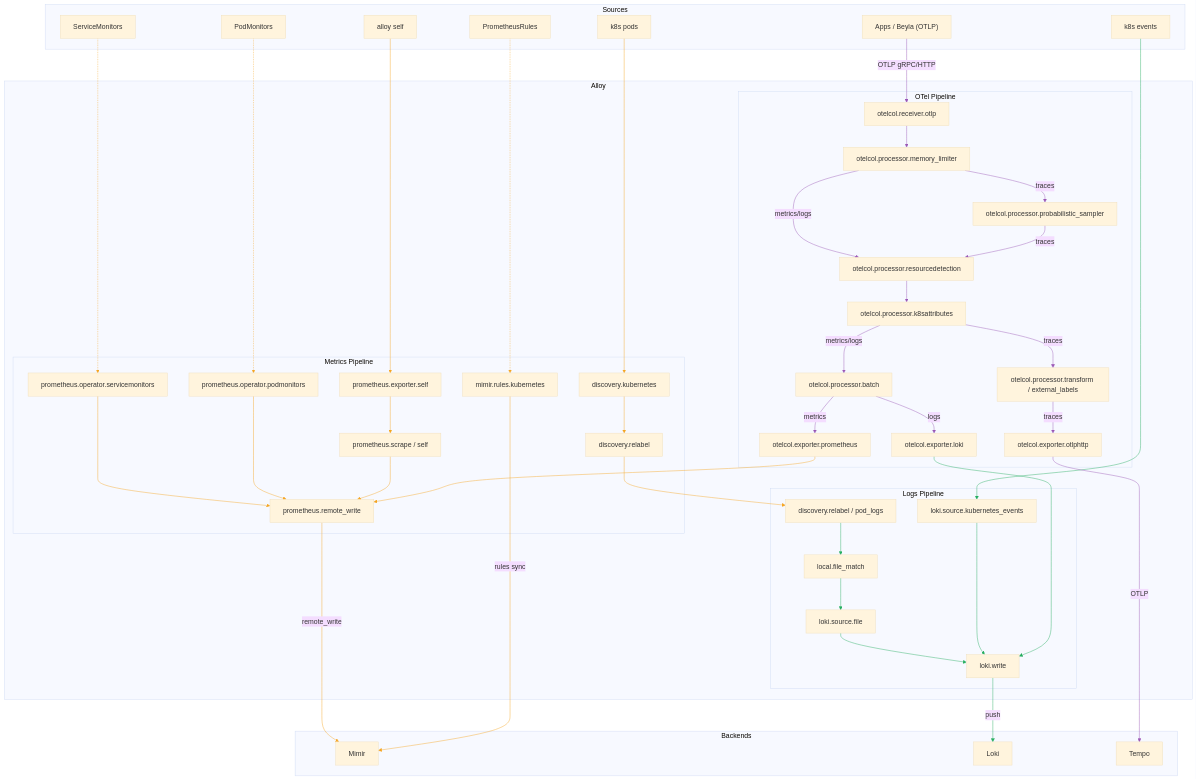
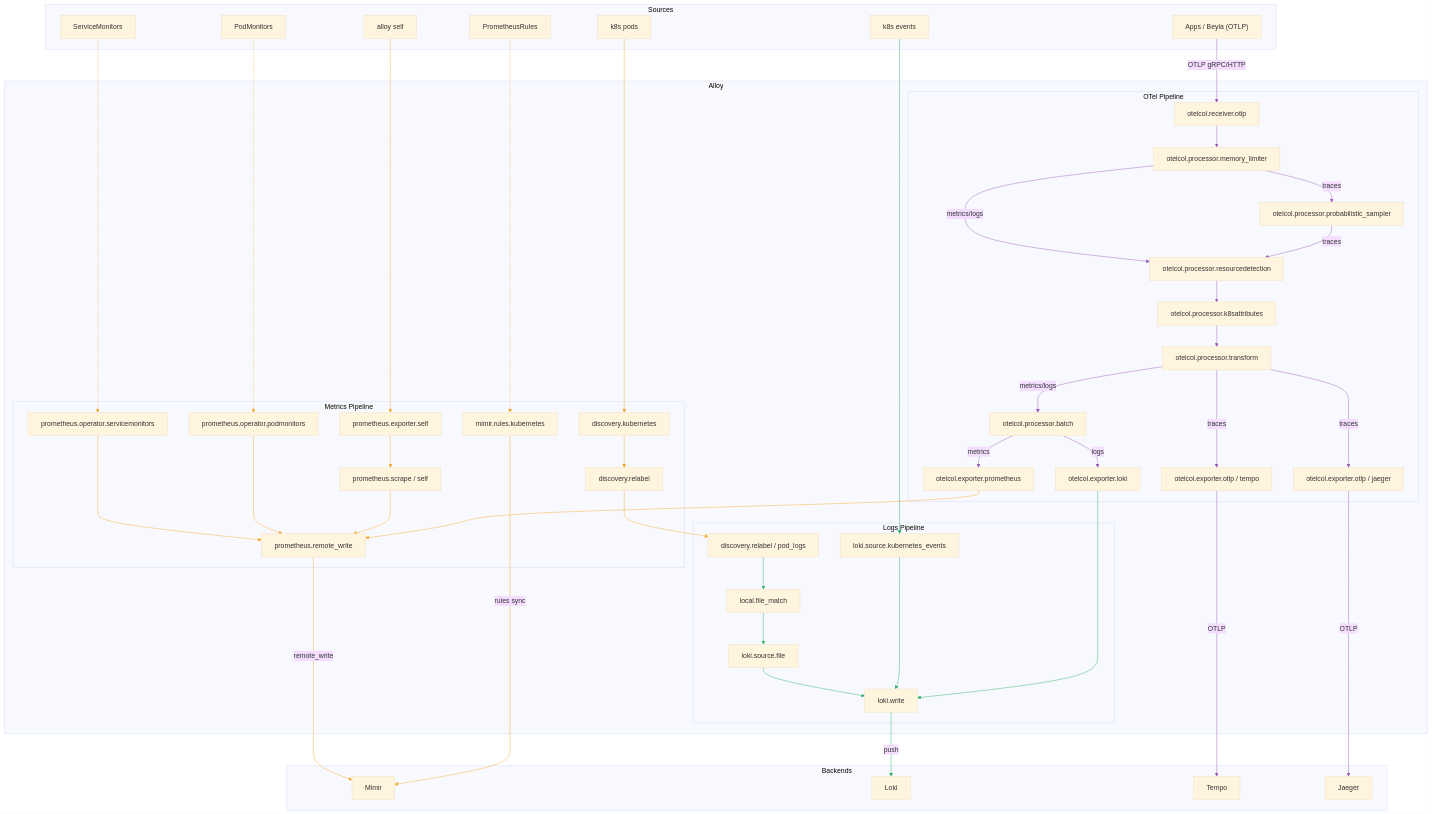
The fourth of 4 diagrams in k8s/alloy-lgtm-kubeprom/README.md (buzztaiki/sandbox), drawn with Mermaid (base theme) before and after one commit. The commit also changed other lines of this file, not shown here.

First line of the commit message:
docs: update README diagrams to reflect current architecture

````diff
--- a/k8s/alloy-lgtm-kubeprom/README.md
+++ b/k8s/alloy-lgtm-kubeprom/README.md
@@ -245,10 +252,11 @@
             otel_resdet["otelcol.processor.resourcedetection"]
             otel_k8sattr["otelcol.processor.k8sattributes"]
             otel_batch["otelcol.processor.batch"]
-            otel_transform["otelcol.processor.transform / external_labels"]
+            otel_transform["otelcol.processor.transform"]
             otel_exp_prom["otelcol.exporter.prometheus"]
             otel_exp_loki["otelcol.exporter.loki"]
-            otel_exp_otlp["otelcol.exporter.otlphttp"]
+            otel_exp_otlp_tempo["otelcol.exporter.otlp / tempo"]
+            otel_exp_otlp_jaeger["otelcol.exporter.otlp / jaeger"]
         end
     end
 
@@ -256,6 +264,7 @@
         mimir["Mimir"]
         loki["Loki"]
         tempo["Tempo"]
+        jaeger["Jaeger"]
     end
 
     %% Metrics pipeline
@@ -290,12 +299,14 @@
     otel_mem o4@-->|"metrics/logs"| otel_resdet
     otel_sampler o5@-->|"traces"| otel_resdet
     otel_resdet o6@-->| | otel_k8sattr
-    otel_k8sattr o7@-->|"metrics/logs"| otel_batch
-    otel_k8sattr o8@-->|"traces"| otel_transform
-    otel_batch o9@-->|"metrics"| otel_exp_prom
-    otel_batch o10@-->|"logs"| otel_exp_loki
-    otel_transform o11@-->|"traces"| otel_exp_otlp
-    otel_exp_otlp o12@-->|"OTLP"| tempo
+    otel_k8sattr o7@-->| | otel_transform
+    otel_transform o8@-->|"metrics/logs"| otel_batch
+    otel_transform o9@-->|"traces"| otel_exp_otlp_tempo
+    otel_transform o10@-->|"traces"| otel_exp_otlp_jaeger
+    otel_batch o11@-->|"metrics"| otel_exp_prom
+    otel_batch o12@-->|"logs"| otel_exp_loki
+    otel_exp_otlp_tempo o13@-->|"OTLP"| tempo
+    otel_exp_otlp_jaeger o14@-->|"OTLP"| jaeger
 
     classDef metrics stroke:#f5a623
     classDef logs stroke:#27ae60
@@ -303,5 +314,5 @@
 
     class m1,m2,m3,m4,m5,m6,m7,m8,m9,m10,m11,m12,m13,m14 metrics
     class l1,l2,l3,l4,l5,l6,l7 logs
-    class o1,o2,o3,o4,o5,o6,o7,o8,o9,o10,o11,o12 traces
+    class o1,o2,o3,o4,o5,o6,o7,o8,o9,o10,o11,o12,o13,o14 traces
 ```
````
